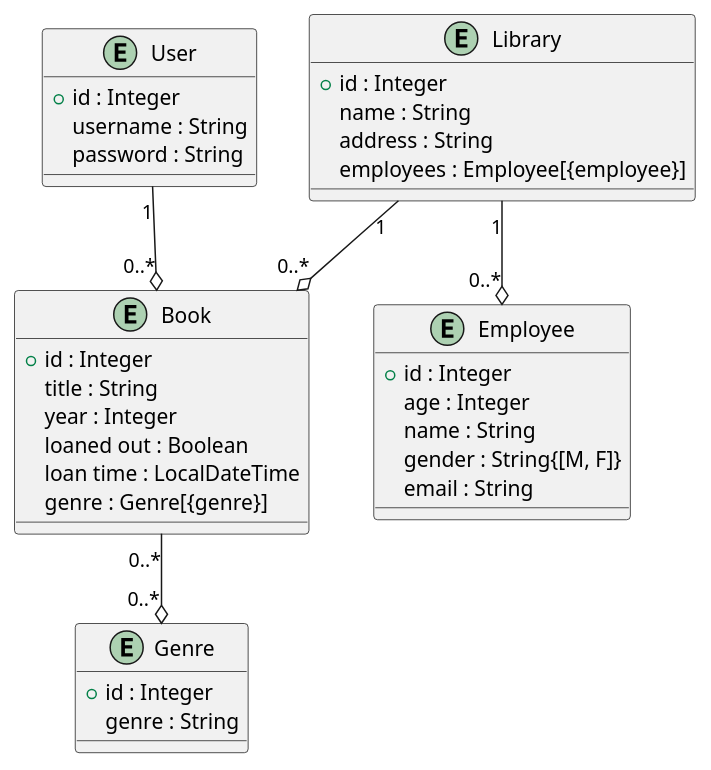
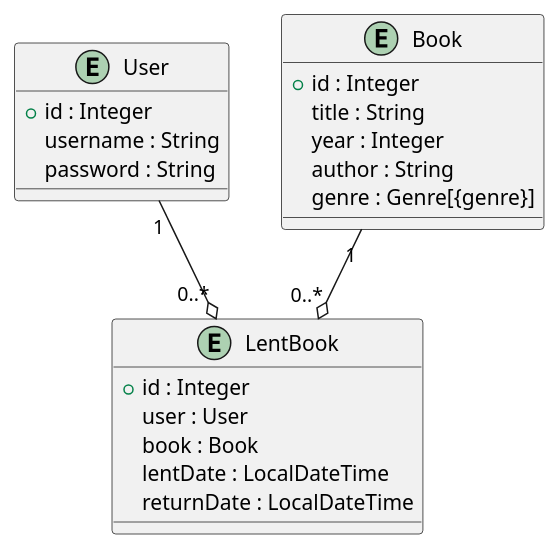
One commit to cphmk/SP-2_APIHub changed the diagram in Database API ERD.puml. Above: the diagram before and after it, drawn with PlantUML. The commit also changed 6 other files, not shown here.

```diff
--- a/Database API ERD.puml
+++ b/Database API ERD.puml
@@ -1,45 +1,32 @@
 @startuml
 
 entity "User" as user {
     +id : Integer
     username : String
     password : String
 }
 
+
+
 entity "Book" as book {
     +id : Integer
     title : String
     year : Integer
-    loaned out : Boolean
-    loan time : LocalDateTime
+    author : String
     genre : Genre[{genre}]
 
 }
 
-entity "Genre" as genre {
+entity "LentBook" as lentbook {
     +id : Integer
-    genre : String
-}
-
-entity "Library" as library {
-    +id : Integer
-    name : String
-    address : String
-    employees : Employee[{employee}]
-}
-
-entity "Employee" as employee {
-    +id : Integer
-    age : Integer
-    name : String
-    gender : String{[M, F]}
-    email : String
+    user : User
+    book : Book
+    lentDate : LocalDateTime
+    returnDate : LocalDateTime
 }
 
 ' Relationships
-user "1" --o "0..*" book
-book "0..*" --o "0..*" genre
-library "1" --o "0..*" employee
-library "1" --o "0..*" book
+user "1" --o "0..*" lentbook
+book "1" --o "0..*" lentbook
 
 @enduml
```
